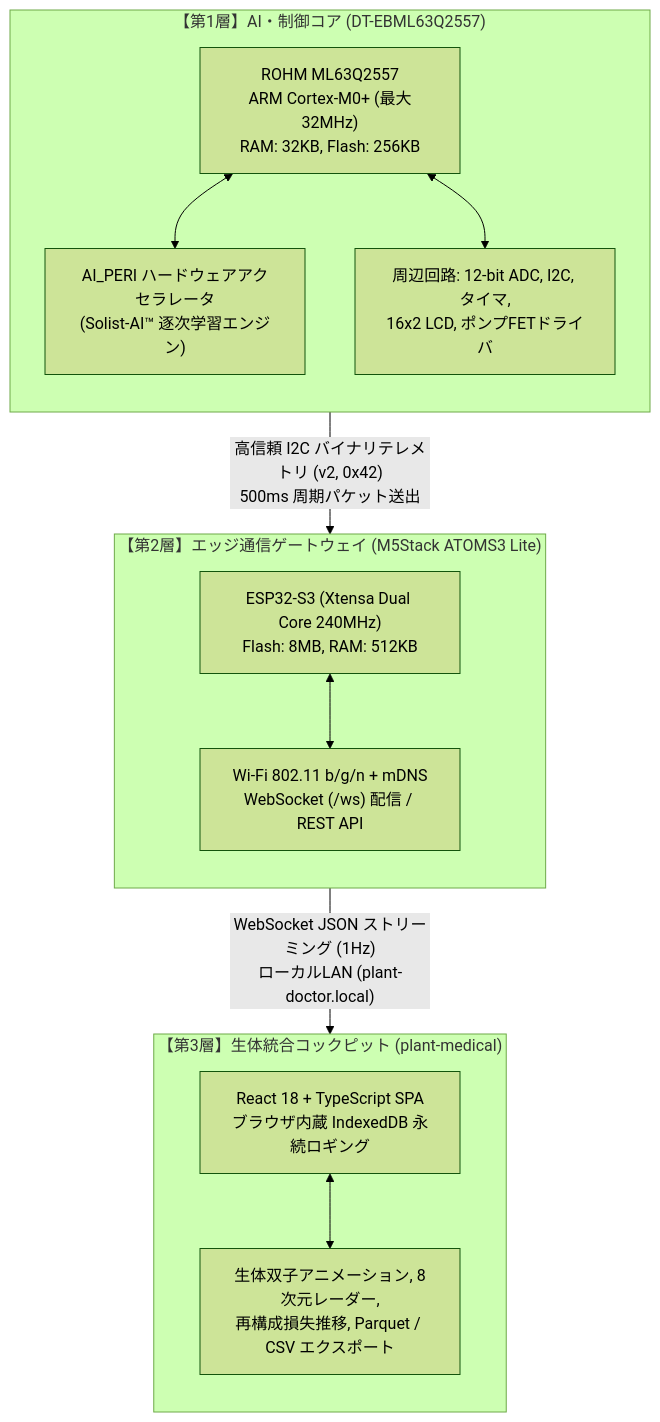
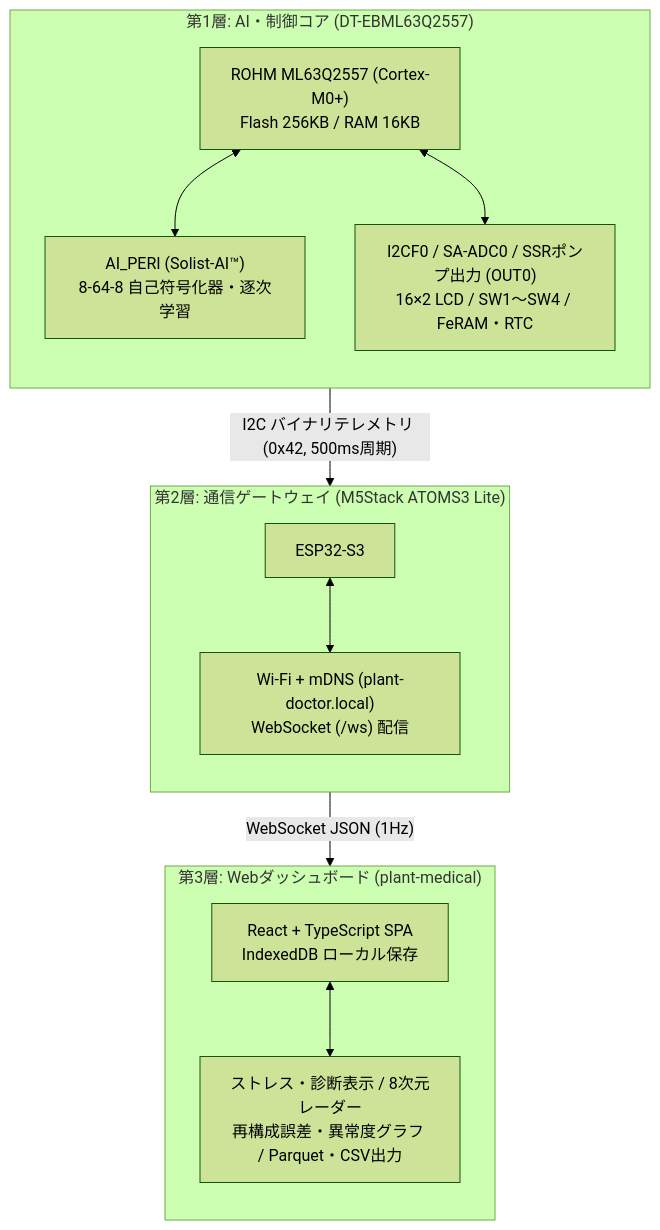
The third of 3 diagrams in docs/textbook/01_edge_ai_and_sensing.md (horned128/plant-doctor), drawn with Mermaid (forest theme) before and after one commit. The commit also changed other lines of this file and 28 other files, not shown here.

````diff
--- a/docs/textbook/01_edge_ai_and_sensing.md
+++ b/docs/textbook/01_edge_ai_and_sensing.md
@@ -130,28 +135,28 @@
 ```mermaid
 flowchart TD
-    subgraph LEVEL1["【第1層】AI・制御コア (DT-EBML63Q2557)"]
+    subgraph LEVEL1["第1層: AI・制御コア (DT-EBML63Q2557)"]
         direction TB
-        M0["ROHM ML63Q2557<br/>ARM Cortex-M0+ (最大32MHz)<br/>RAM: 32KB, Flash: 256KB"]
-        ACCEL["AI_PERI ハードウェアアクセラレータ<br/>(Solist-AI™ 逐次学習エンジン)"]
-        IO["周辺回路: 12-bit ADC, I2C, タイマ,<br/>16x2 LCD, ポンプFETドライバ"]
+        M0["ROHM ML63Q2557 (Cortex-M0+)<br/>Flash 256KB / RAM 16KB"]
+        ACCEL["AI_PERI (Solist-AI™)<br/>8-64-8 自己符号化器・逐次学習"]
+        IO["I2CF0 / SA-ADC0 / SSRポンプ出力 (OUT0)<br/>16×2 LCD / SW1〜SW4 / FeRAM・RTC"]
         M0 <--> ACCEL
         M0 <--> IO
     end
 
-    subgraph LEVEL2["【第2層】エッジ通信ゲートウェイ (M5Stack ATOMS3 Lite)"]
+    subgraph LEVEL2["第2層: 通信ゲートウェイ (M5Stack ATOMS3 Lite)"]
         direction TB
-        S3["ESP32-S3 (Xtensa Dual Core 240MHz)<br/>Flash: 8MB, RAM: 512KB"]
-        NET["Wi-Fi 802.11 b/g/n + mDNS<br/>WebSocket (/ws) 配信 / REST API"]
+        S3["ESP32-S3"]
+        NET["Wi-Fi + mDNS (plant-doctor.local)<br/>WebSocket (/ws) 配信"]
         S3 <--> NET
     end
 
-    subgraph LEVEL3["【第3層】生体統合コックピット (plant-medical)"]
+    subgraph LEVEL3["第3層: Webダッシュボード (plant-medical)"]
         direction TB
-        WEB["React 18 + TypeScript SPA<br/>ブラウザ内蔵 IndexedDB 永続ロギング"]
-        DASH["生体双子アニメーション, 8次元レーダー,<br/>再構成損失推移, Parquet / CSV エクスポート"]
+        WEB["React + TypeScript SPA<br/>IndexedDB ローカル保存"]
+        DASH["ストレス・診断表示 / 8次元レーダー<br/>再構成誤差・異常度グラフ / Parquet・CSV出力"]
         WEB <--> DASH
     end
 
-    LEVEL1 -- "高信頼 I2C バイナリテレメトリ (v2, 0x42)<br/>500ms 周期パケット送出" --> LEVEL2
-    LEVEL2 -- "WebSocket JSON ストリーミング (1Hz)<br/>ローカルLAN (plant-doctor.local)" --> LEVEL3
+    LEVEL1 -- "I2C バイナリテレメトリ (0x42, 500ms周期)" --> LEVEL2
+    LEVEL2 -- "WebSocket JSON (1Hz)" --> LEVEL3
 ```
````
